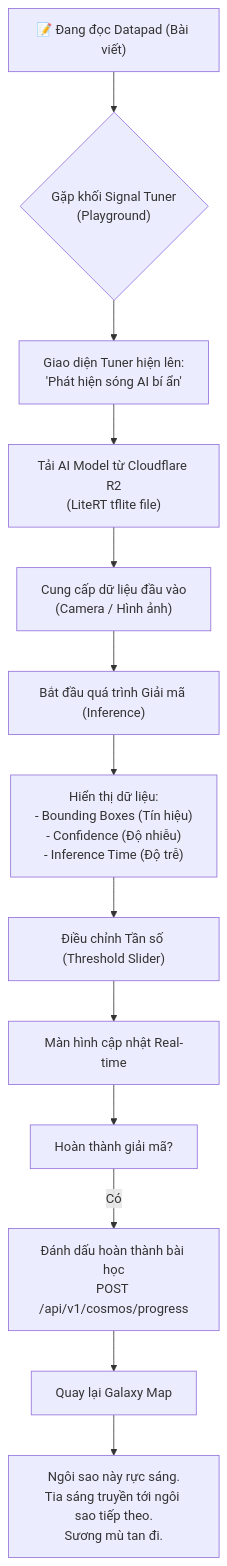
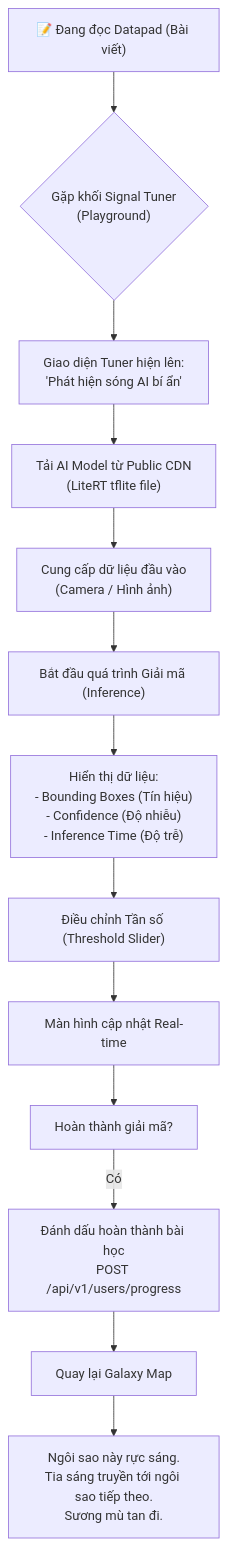
Before and after one commit to iAmHieu2012/Sequoia: the second of 5 diagrams in docs/analysis/user-flows.md, drawn with Mermaid. The commit also changed other lines of this file and 14 other files, not shown here.

````diff
--- a/docs/analysis/user-flows.md
+++ b/docs/analysis/user-flows.md
@@ -40,19 +40,19 @@
 ```mermaid
 flowchart TD
     A["📝 Đang đọc Datapad (Bài viết)"] --> B{"Gặp khối Signal Tuner<br/>(Playground)"}
     
     B --> C["Giao diện Tuner hiện lên:<br/>'Phát hiện sóng AI bí ẩn'"]
-    C --> D["Tải AI Model từ Cloudflare R2<br/>(LiteRT tflite file)"]
+    C --> D["Tải AI Model từ Public CDN<br/>(LiteRT tflite file)"]
     D --> E["Cung cấp dữ liệu đầu vào<br/>(Camera / Hình ảnh)"]
     
     E --> F["Bắt đầu quá trình Giải mã (Inference)"]
     F --> G["Hiển thị dữ liệu:<br/>- Bounding Boxes (Tín hiệu)<br/>- Confidence (Độ nhiễu)<br/>- Inference Time (Độ trễ)"]
     
     G --> H["Điều chỉnh Tần số (Threshold Slider)"]
     H --> I["Màn hình cập nhật Real-time"]
     I --> J["Hoàn thành giải mã?"]
     
-    J -->|"Có"| K["Đánh dấu hoàn thành bài học<br/>POST /api/v1/cosmos/progress"]
+    J -->|"Có"| K["Đánh dấu hoàn thành bài học<br/>POST /api/v1/users/progress"]
     K --> L["Quay lại Galaxy Map"]
     L --> M["Ngôi sao này rực sáng.<br/>Tia sáng truyền tới ngôi sao tiếp theo.<br/>Sương mù tan đi."]
 ```
````
